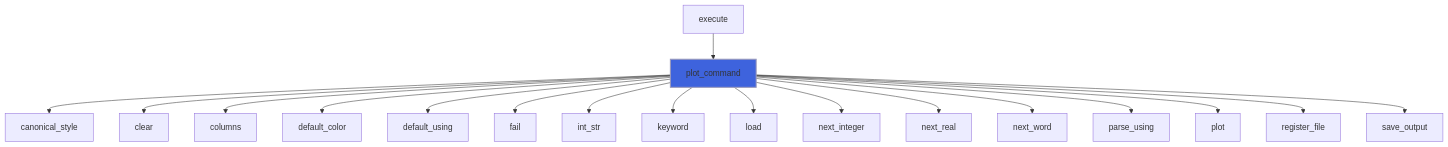
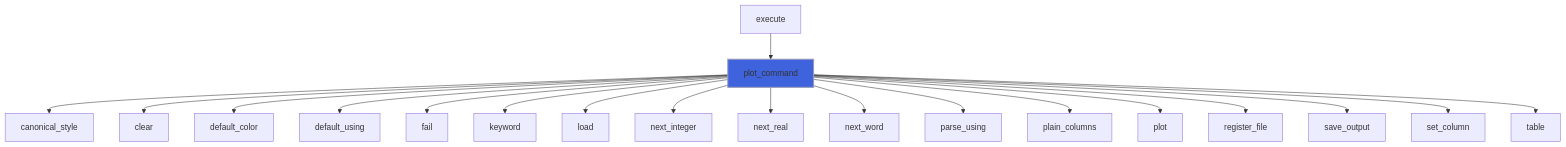
The sixth of 26 diagrams in docs/api/src/lib/foresight_script.md (szaghi/foresight), drawn with Mermaid before and after one commit. The commit also changed other lines of this file and 16 other files, not shown here.

````diff
--- a/docs/api/src/lib/foresight_script.md
+++ b/docs/api/src/lib/foresight_script.md
@@ -234,21 +237,22 @@
 ```mermaid
 flowchart TD
   execute["execute"] --> plot_command["plot_command"]
   plot_command["plot_command"] --> canonical_style["canonical_style"]
   plot_command["plot_command"] --> clear["clear"]
-  plot_command["plot_command"] --> columns["columns"]
   plot_command["plot_command"] --> default_color["default_color"]
   plot_command["plot_command"] --> default_using["default_using"]
   plot_command["plot_command"] --> fail["fail"]
-  plot_command["plot_command"] --> int_str["int_str"]
   plot_command["plot_command"] --> keyword["keyword"]
   plot_command["plot_command"] --> load["load"]
   plot_command["plot_command"] --> next_integer["next_integer"]
   plot_command["plot_command"] --> next_real["next_real"]
   plot_command["plot_command"] --> next_word["next_word"]
   plot_command["plot_command"] --> parse_using["parse_using"]
+  plot_command["plot_command"] --> plain_columns["plain_columns"]
   plot_command["plot_command"] --> plot["plot"]
   plot_command["plot_command"] --> register_file["register_file"]
   plot_command["plot_command"] --> save_output["save_output"]
+  plot_command["plot_command"] --> set_column["set_column"]
+  plot_command["plot_command"] --> table["table"]
   style plot_command fill:#3e63dd,stroke:#99b,stroke-width:2px
 ```
````
